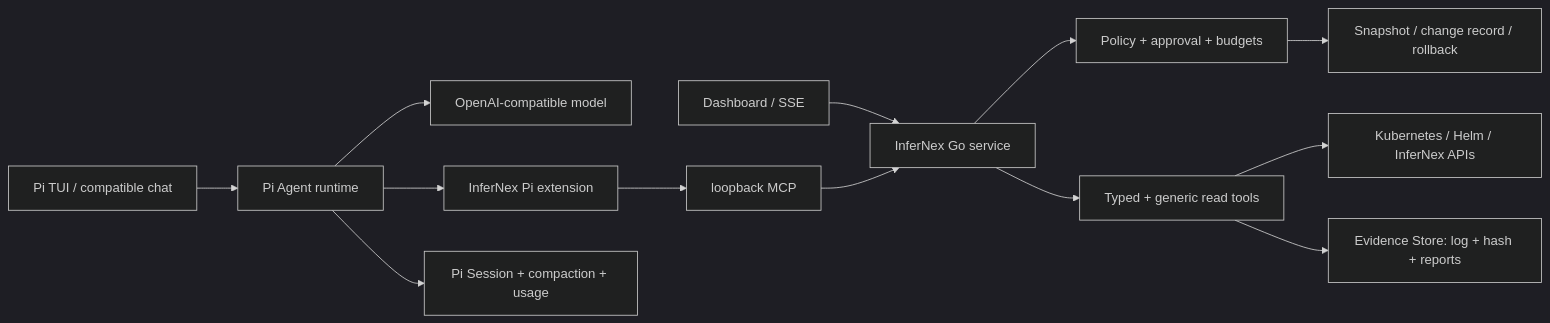
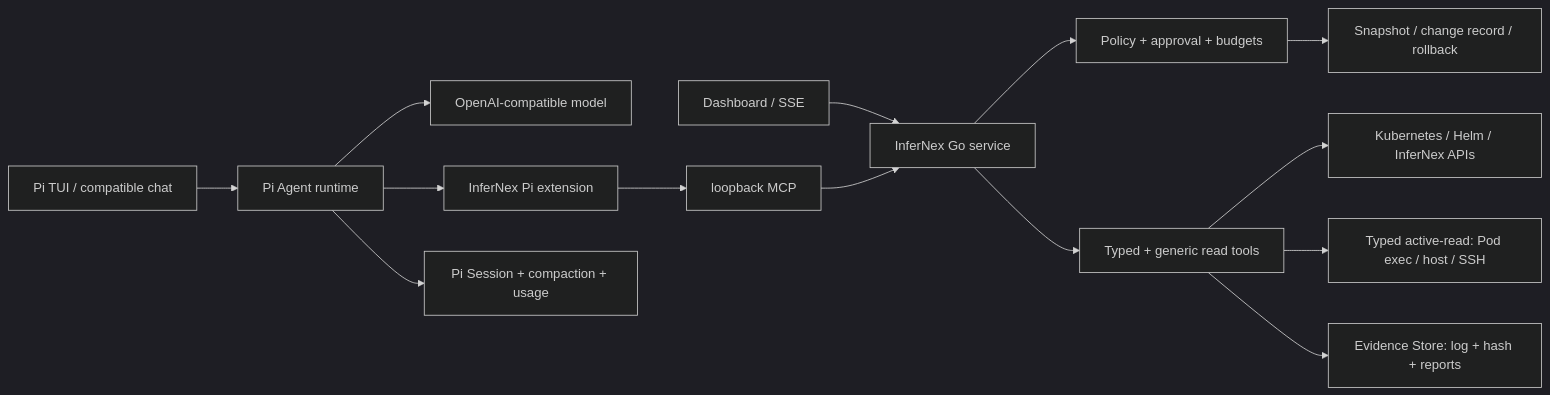
The diagram in component/InferNex-Agent/docs/proposals/infernex-agent-v0.5-proposal-zh.md (lsjfy-open-com/infernex-agent), drawn with Mermaid (dark theme) before and after one commit. The commit also changed other lines of this file and 19 other files, not shown here.

````diff
--- a/component/InferNex-Agent/docs/proposals/infernex-agent-v0.5-proposal-zh.md
+++ b/component/InferNex-Agent/docs/proposals/infernex-agent-v0.5-proposal-zh.md
@@ -137,15 +137,16 @@
 ```mermaid
 flowchart LR
     CLI["Pi TUI / compatible chat"] --> Pi["Pi Agent runtime"]
     Pi --> Model["OpenAI-compatible model"]
     Pi --> Extension["InferNex Pi extension"]
     Extension --> MCP["loopback MCP"]
     Web["Dashboard / SSE"] --> Go["InferNex Go service"]
     MCP --> Go
     Go --> Policy["Policy + approval + budgets"]
     Go --> Tools["Typed + generic read tools"]
     Tools --> K8s["Kubernetes / Helm / InferNex APIs"]
+    Tools --> Exec["Typed active-read: Pod exec / host / SSH"]
     Tools --> Evidence["Evidence Store: log + hash + reports"]
     Pi --> Session["Pi Session + compaction + usage"]
     Policy --> Safety["Snapshot / change record / rollback"]
 ```
````
